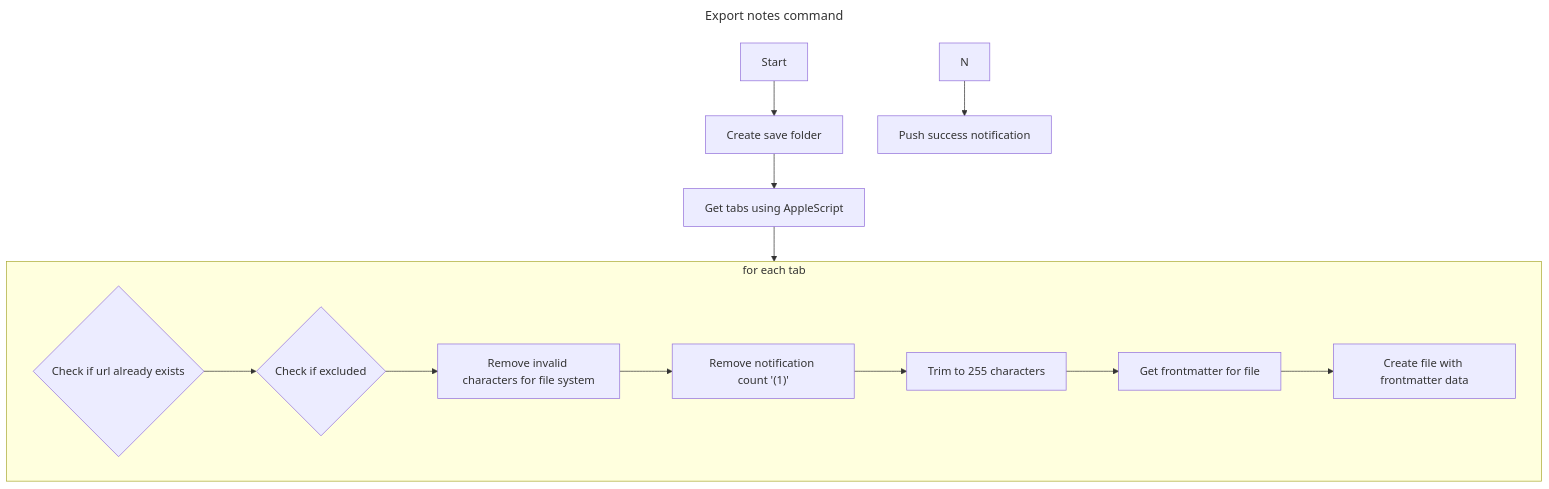
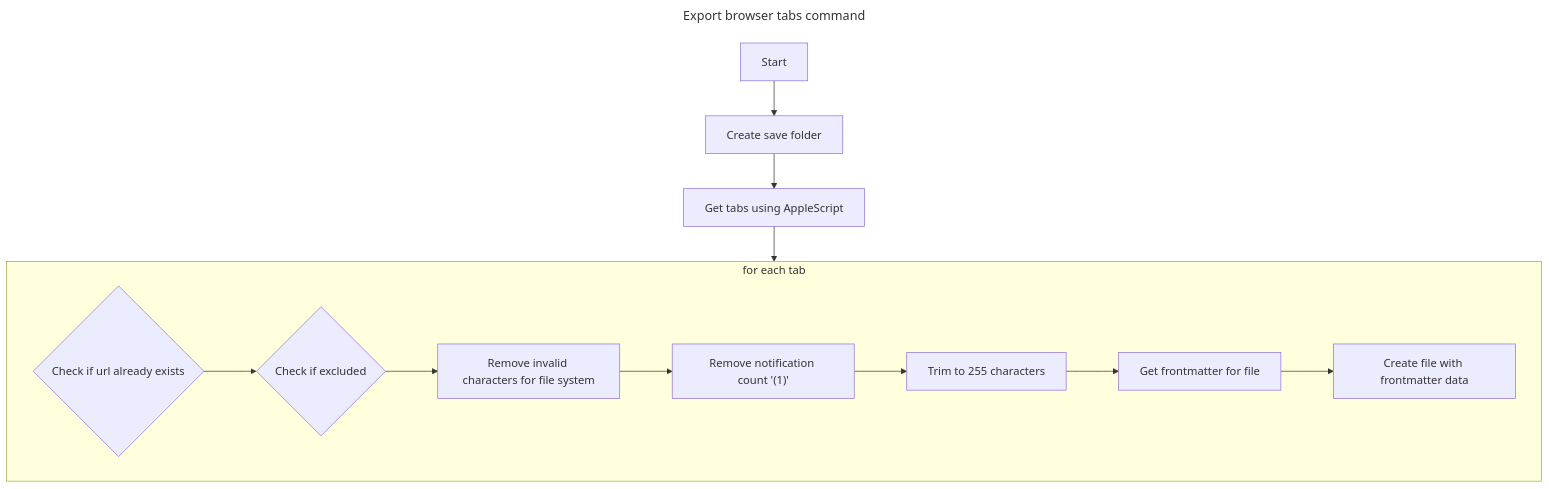
The diagram in src/commands/export-flowchart.md (decaf-dev/obsidian-export-browser-tabs), drawn with Mermaid before and after one commit. The commit also changed 6 other files, not shown here.

````diff
--- a/src/commands/export-flowchart.md
+++ b/src/commands/export-flowchart.md
@@ -1,19 +1,18 @@
 ```mermaid
 ---
-title: Export notes command
+title: Export browser tabs command
 ---
 flowchart TD
     Start --> A
 	A[Create save folder] --> B[Get tabs using AppleScript]
 	B --> one
 	subgraph one[for each tab]
 	C{Check if url already exists} --> D{Check if excluded}
 	D --> E[Remove invalid characters for file system]
 	E --> F["Remove notification count '(1)'"]
 	F --> G[Trim to 255 characters]
 	G --> H[Get frontmatter for file]
 	H --> I[Create file with frontmatter data]
 
 	end
-	N --> O[Push success notification]
 ```
````
